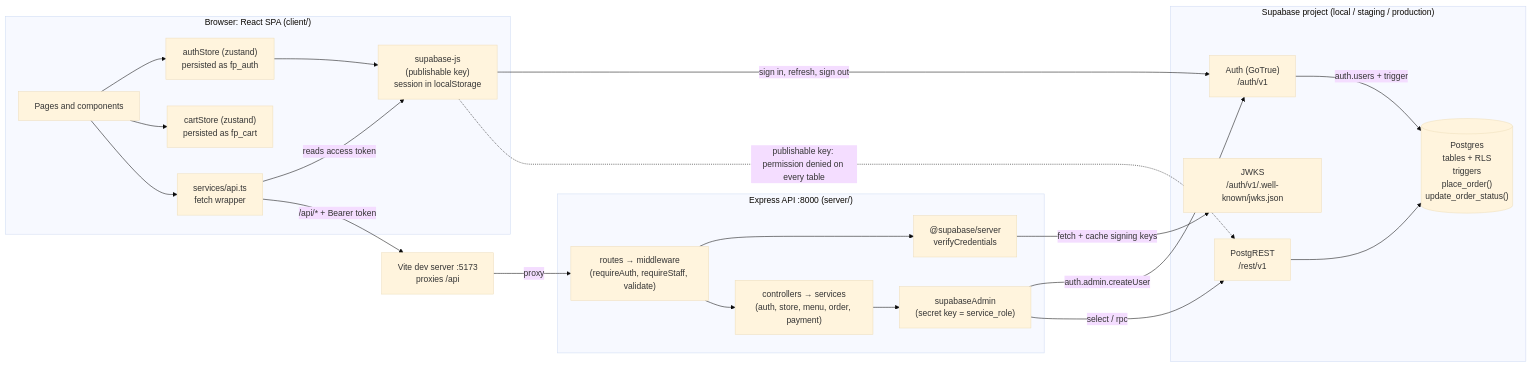
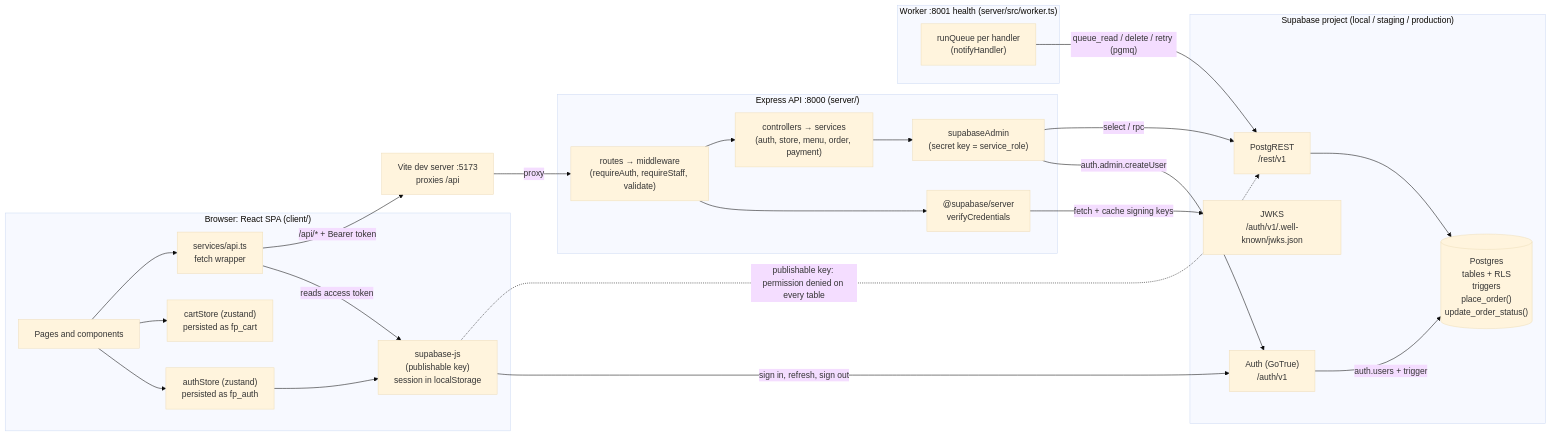
Before and after one commit to The-KhaNha/KhaNha: the first of 27 diagrams in docs/ARCHITECTURE.md, drawn with Mermaid (base theme). The commit also changed other lines of this file and 31 other files, not shown here.

First line of the commit message:
The worker process: queue consumers, GET /health and a graceful stop

````diff
--- a/docs/ARCHITECTURE.md
+++ b/docs/ARCHITECTURE.md
@@ -45,44 +45,49 @@
 ```mermaid
 flowchart LR
   subgraph Browser["Browser: React SPA (client/)"]
     UI["Pages and components"]
     AuthStore["authStore (zustand)<br/>persisted as fp_auth"]
     CartStore["cartStore (zustand)<br/>persisted as fp_cart"]
     SBJS["supabase-js<br/>(publishable key)<br/>session in localStorage"]
     ApiClient["services/api.ts<br/>fetch wrapper"]
   end
 
   Vite["Vite dev server :5173<br/>proxies /api"]
 
   subgraph API["Express API :8000 (server/)"]
     Routes["routes → middleware<br/>(requireAuth, requireStaff, validate)"]
     Services["controllers → services<br/>(auth, store, menu, order, payment)"]
     Admin["supabaseAdmin<br/>(secret key = service_role)"]
     Verify["@supabase/server<br/>verifyCredentials"]
+  end
+
+  subgraph Worker["Worker :8001 health (server/src/worker.ts)"]
+    Runner["runQueue per handler<br/>(notifyHandler)"]
   end
 
   subgraph Supabase["Supabase project (local / staging / production)"]
     GoTrue["Auth (GoTrue)<br/>/auth/v1"]
     JWKS["JWKS<br/>/auth/v1/.well-known/jwks.json"]
     PostgREST["PostgREST<br/>/rest/v1"]
     PG[("Postgres<br/>tables + RLS<br/>triggers<br/>place_order()<br/>update_order_status()")]
   end
 
   UI --> AuthStore
   UI --> CartStore
   AuthStore --> SBJS
   UI --> ApiClient
   ApiClient -->|"reads access token"| SBJS
   SBJS -->|"sign in, refresh, sign out"| GoTrue
   ApiClient -->|"/api/* + Bearer token"| Vite
   Vite -->|"proxy"| Routes
   Routes --> Verify
   Verify -->|"fetch + cache signing keys"| JWKS
   Routes --> Services
   Services --> Admin
   Admin -->|"auth.admin.createUser"| GoTrue
   Admin -->|"select / rpc"| PostgREST
   PostgREST --> PG
   GoTrue -->|"auth.users + trigger"| PG
+  Runner -->|"queue_read / delete / retry (pgmq)"| PostgREST
   SBJS -.->|"publishable key: permission denied on every table"| PostgREST
 ```
````
